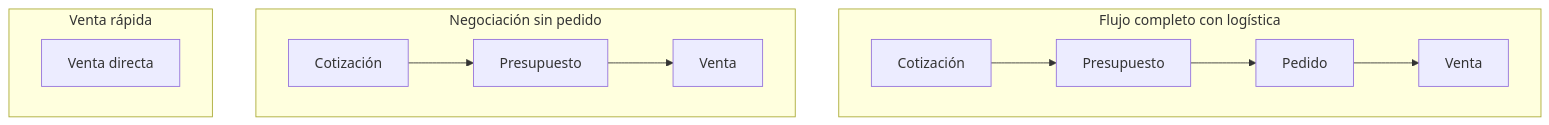
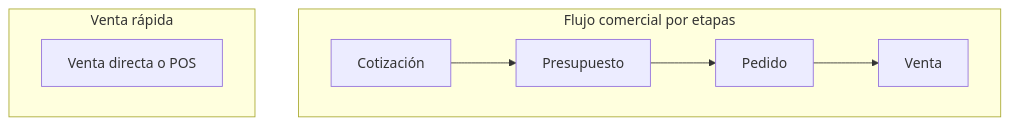
Before and after one commit to Zink-in-Tech/ZiT-ERP_DocsPublica_FE: the second of 2 diagrams in docs/ventas/flujo-ventas.md, drawn with Mermaid. The commit also changed other lines of this file and 56 other files, not shown here.

````diff
--- a/docs/ventas/flujo-ventas.md
+++ b/docs/ventas/flujo-ventas.md
@@ -43,14 +48,10 @@
 ```mermaid
 flowchart TB
-  subgraph completo["Flujo completo con logística"]
+  subgraph completo["Flujo comercial por etapas"]
     direction LR
     C1[Cotización] --> P1[Presupuesto] --> Pe1[Pedido] --> V1[Venta]
   end
-  subgraph neg["Negociación sin pedido"]
-    direction LR
-    C2[Cotización] --> P2[Presupuesto] --> V2[Venta]
-  end
   subgraph rapida["Venta rápida"]
-    V3[Venta directa]
+    V3[Venta directa o POS]
   end
 ```
````
